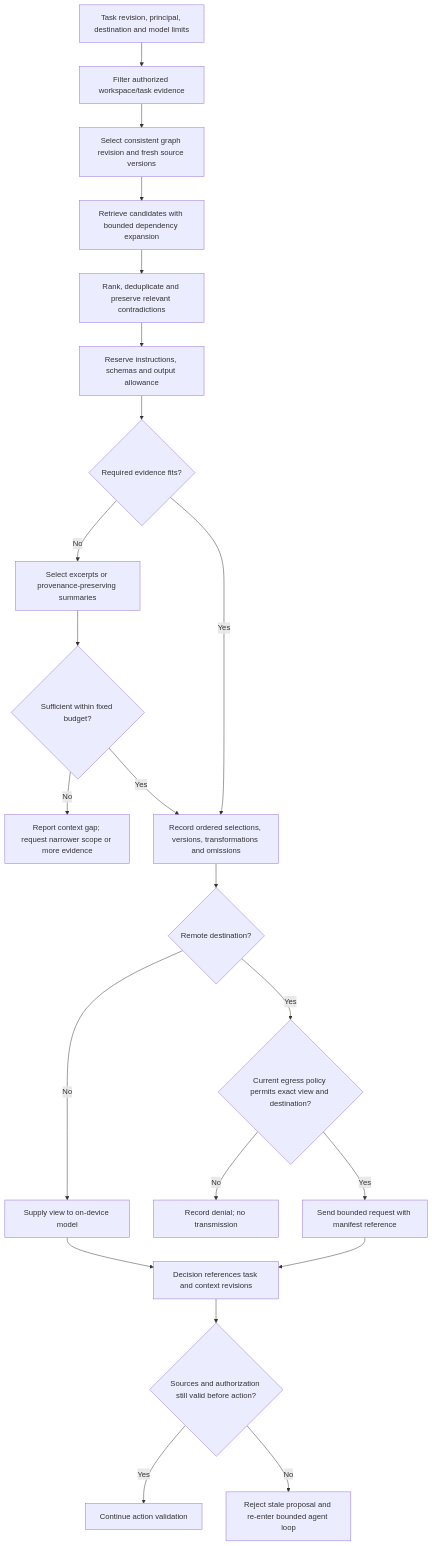
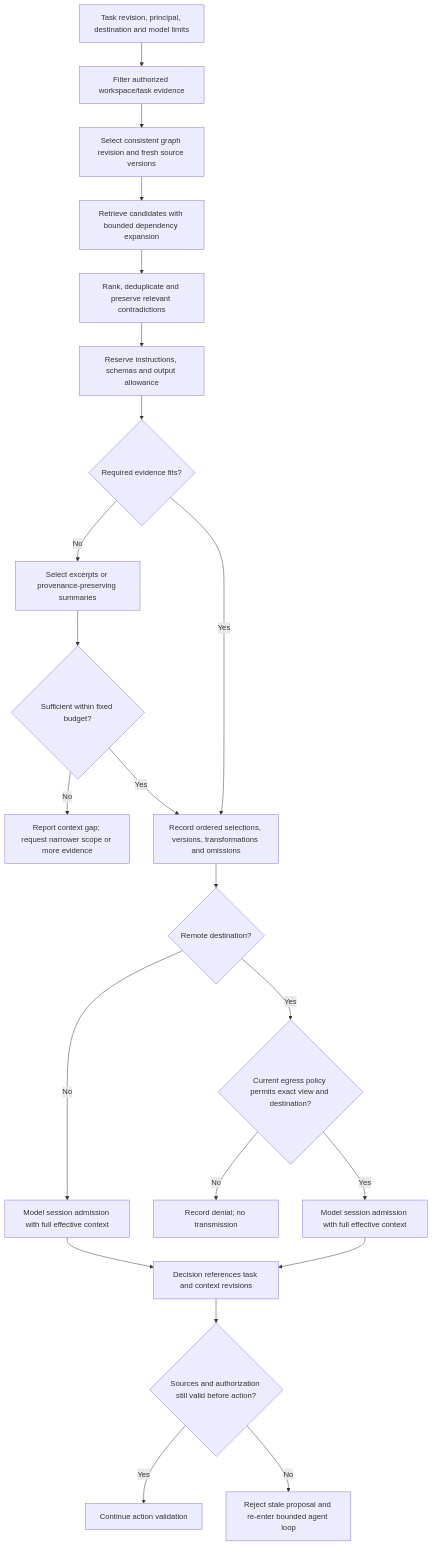
One commit to pidster/asura changed the eighth of 9 diagrams in docs/designs/core-harness-brief.md. Above: the diagram before and after it, drawn with Mermaid. The commit also changed other lines of this file and 3 other files, not shown here.

Commit message:
Resolve lifecycle, model context and execution design review findings

````diff
--- a/docs/designs/core-harness-brief.md
+++ b/docs/designs/core-harness-brief.md
@@ -362,24 +410,24 @@
 ```mermaid
 flowchart TD
     Input["Task revision, principal, destination and model limits"] --> Scope["Filter authorized workspace/task evidence"]
     Scope --> Snapshot["Select consistent graph revision and fresh source versions"]
     Snapshot --> Retrieve["Retrieve candidates with bounded dependency expansion"]
     Retrieve --> Rank["Rank, deduplicate and preserve relevant contradictions"]
     Rank --> Budget["Reserve instructions, schemas and output allowance"]
     Budget --> Fit{"Required evidence fits?"}
     Fit -->|No| Transform["Select excerpts or provenance-preserving summaries"]
     Transform --> Enough{"Sufficient within fixed budget?"}
     Enough -->|No| Gap["Report context gap; request narrower scope or more evidence"]
     Enough -->|Yes| Manifest
     Fit -->|Yes| Manifest["Record ordered selections, versions, transformations and omissions"]
     Manifest --> Destination{"Remote destination?"}
-    Destination -->|No| Local["Supply view to on-device model"]
+    Destination -->|No| Local["Model session admission with full effective context"]
     Destination -->|Yes| Egress{"Current egress policy permits exact view and destination?"}
     Egress -->|No| Denied["Record denial; no transmission"]
-    Egress -->|Yes| Remote["Send bounded request with manifest reference"]
+    Egress -->|Yes| Remote["Model session admission with full effective context"]
     Local --> Proposal["Decision references task and context revisions"]
     Remote --> Proposal
     Proposal --> Fresh{"Sources and authorization still valid before action?"}
     Fresh -->|Yes| Validate["Continue action validation"]
     Fresh -->|No| Rebuild["Reject stale proposal and re-enter bounded agent loop"]
 ```
````
